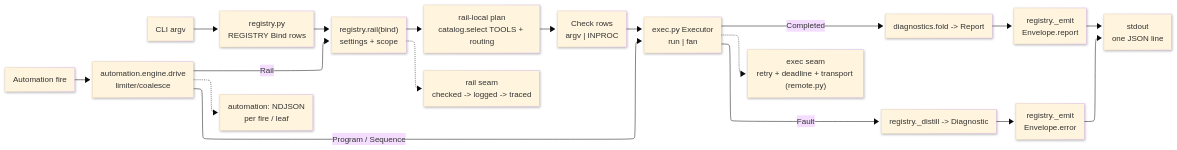
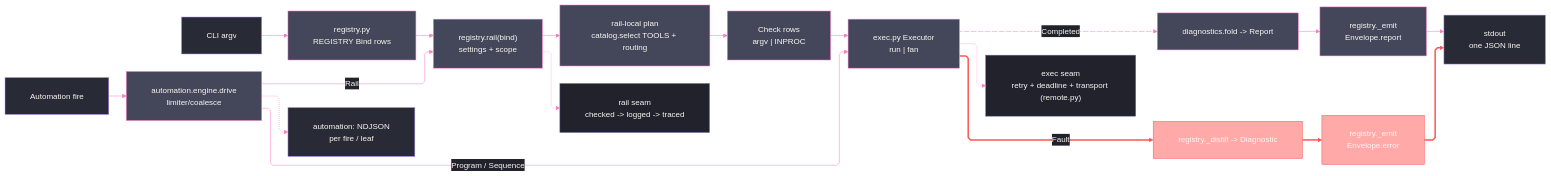
One commit to bsamiee/Rasm changed the diagram in tools/assay/README.md. Above: the diagram before and after it, drawn with Mermaid. The commit also changed other lines of this file and 253 other files, not shown here.

````diff
--- a/tools/assay/README.md
+++ b/tools/assay/README.md
@@ -25,36 +25,60 @@
 ```mermaid
 ---
 config:
+  theme: base
+  look: classic
   layout: elk
-  look: neo
-  theme: base
-  elk:
-    mergeEdges: false
-    nodePlacementStrategy: BRANDES_KOEPF
-    cycleBreakingStrategy: GREEDY_MODEL_ORDER
+  flowchart:
+    curve: linear
+    padding: 25
+  themeVariables:
+    darkMode: true
+    fontFamily: "SF Mono, Menlo, Cascadia Mono, Segoe UI Mono, Consolas, monospace"
+    useGradient: false
+    dropShadow: "none"
+    background: "#282A36"
+    primaryColor: "#44475A"
+    primaryTextColor: "#F8F8F2"
+    primaryBorderColor: "#BD93F9"
+    lineColor: "#FF79C6"
+    textColor: "#F8F8F2"
+    edgeLabelBackground: "#21222C"
+    labelBackgroundColor: "#21222C"
+  themeCSS: ".nodeLabel{font-size:13px;font-weight:500}.edgeLabel{font-size:12px;font-weight:500}.cluster-label .nodeLabel{font-size:13.5px;font-weight:700;letter-spacing:.08em}.edge-thickness-normal{stroke-width:2px}.edge-thickness-thick{stroke-width:3px}.edge-pattern-dashed,.edge-pattern-dotted{stroke-width:1.5px;stroke-dasharray:4 6}.node rect,.node circle,.node polygon,.node path,.node .outer-path{stroke-width:1.5px;filter:none!important}.cluster rect{stroke-width:1px!important;stroke-dasharray:5 4!important;filter:none!important}.marker path{transform:scale(.8);transform-origin:5px 5px}.marker circle{transform:scale(.48);transform-origin:5px 5px}.edgeLabel rect{transform-box:fill-box;transform-origin:center;transform:scale(1.1,1.2)}"
 ---
 flowchart LR
   accTitle: Assay orchestration boundary
   accDescr: CLI commands and automation fires enter rail or program execution, rail handlers select catalog tools and route inputs into Check rows, the Executor port returns Completed receipts or Faults, and emit writes Report or error Envelopes to stdout.
 
-  cli["CLI argv"] --> registry["registry.py\nREGISTRY Bind rows"]
-  registry --> rail["registry.rail(bind)\nsettings + scope"]
-  auto["Automation fire"] --> drive["automation.engine.drive\nlimiter/coalesce"]
+  cli["CLI argv"] --> registry["registry.py<br/>REGISTRY Bind rows"]
+  registry --> rail["registry.rail(bind)<br/>settings + scope"]
+  auto["Automation fire"] --> drive["automation.engine.drive<br/>limiter/coalesce"]
   drive -->|"Rail"| rail
   drive -->|"Program / Sequence"| executor
 
-  rail --> plan["rail-local plan\ncatalog.select TOOLS + routing"]
-  plan --> checks["Check rows\nargv | INPROC"]
-  checks --> executor["exec.py Executor\nrun | fan"]
+  rail --> plan["rail-local plan<br/>catalog.select TOOLS + routing"]
+  plan --> checks["Check rows<br/>argv | INPROC"]
+  checks --> executor["exec.py Executor<br/>run | fan"]
 
-  executor -->|"Completed"| fold["diagnostics.fold -> Report"]
+  executor received@-->|"Completed"| fold["diagnostics.fold -> Report"]
   executor -->|"Fault"| distill["registry._distill -> Diagnostic"]
-  fold --> emit["registry._emit\nEnvelope.report"]
-  distill --> emitError["registry._emit\nEnvelope.error"]
-  emit --> stdout["stdout\none JSON line"]
+  fold --> emit["registry._emit<br/>Envelope.report"]
+  distill --> emitError["registry._emit<br/>Envelope.error"]
+  emit --> stdout["stdout<br/>one JSON line"]
   emitError --> stdout
-  drive -.-> ndjson["automation: NDJSON\nper fire / leaf"]
+  drive -.-> ndjson["automation: NDJSON<br/>per fire / leaf"]
 
-  rail -.-> railAspect["rail seam\nchecked -> logged -> traced"]
-  executor -.-> execAspect["exec seam\nretry + deadline + transport (remote.py)"]
+  rail -.-> railAspect["rail seam<br/>checked -> logged -> traced"]
+  executor -.-> execAspect["exec seam<br/>retry + deadline + transport (remote.py)"]
+
+  received@{ animate: true }
+  linkStyle 9,11,13 stroke:#FF5555,stroke-width:3px,color:#F8F8F2
+  classDef boundary fill:#282A36,stroke:#BD93F9,color:#F8F8F2
+  classDef primary fill:#44475A,stroke:#FF79C6,color:#F8F8F2
+  classDef error fill:#FF555580,stroke:#FF5555,color:#F8F8F2
+  classDef annotation fill:#21222C,stroke:#6272A4,color:#F8F8F2
+  class cli,auto,stdout,ndjson boundary
+  class registry,rail,drive,plan,checks,executor,fold,emit primary
+  class distill,emitError error
+  class railAspect,execAspect annotation
 ```
````
